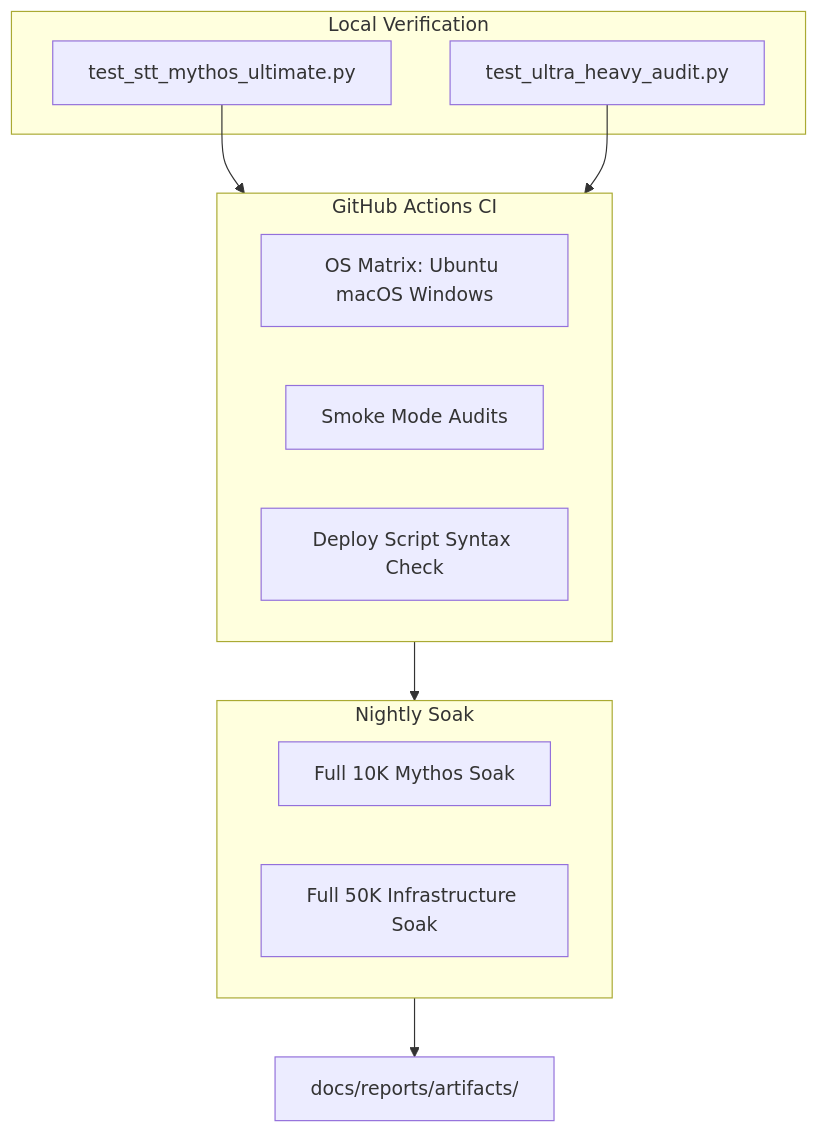
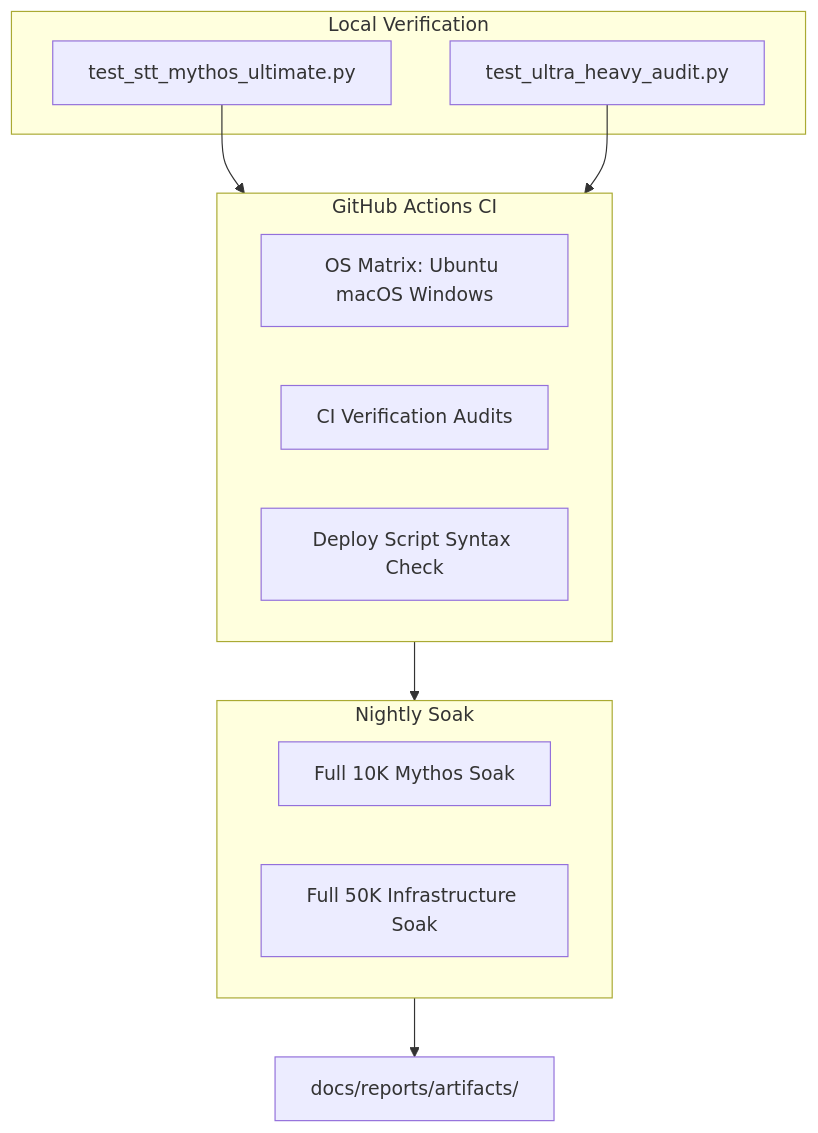
Before and after one commit to abdullahhanif-001/EchoVox: the diagram in docs/ENGINEERING_TEST_PLAN.md, drawn with Mermaid. The commit also changed other lines of this file and 15 other files, not shown here.

````diff
--- a/docs/ENGINEERING_TEST_PLAN.md
+++ b/docs/ENGINEERING_TEST_PLAN.md
@@ -13,20 +13,20 @@
 ```mermaid
 flowchart TB
     subgraph local [Local Verification]
         mythos[test_stt_mythos_ultimate.py]
         ultra[test_ultra_heavy_audit.py]
     end
     subgraph ci [GitHub Actions CI]
         matrix[OS Matrix: Ubuntu macOS Windows]
-        smoke[Smoke Mode Audits]
+        ciVerify[CI Verification Audits]
         syntax[Deploy Script Syntax Check]
     end
     subgraph nightly [Nightly Soak]
         full10k[Full 10K Mythos Soak]
         full50k[Full 50K Infrastructure Soak]
     end
     mythos --> ci
     ultra --> ci
     ci --> nightly
     nightly --> reports[docs/reports/artifacts/]
 ```
````
